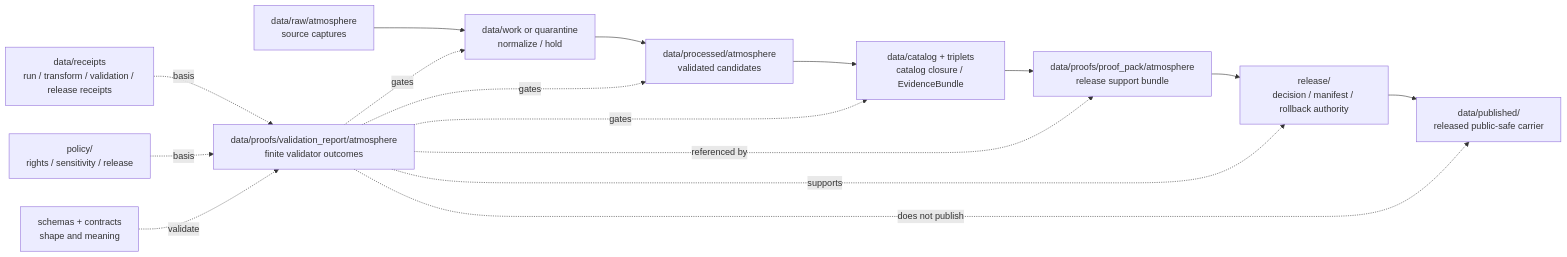
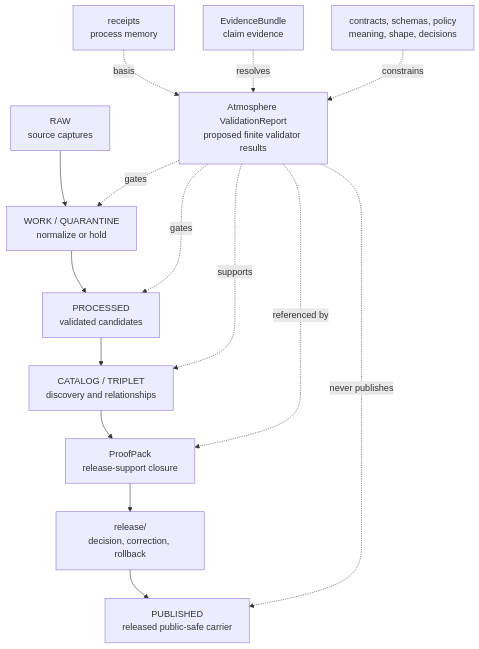
Before and after one commit to bartytime4life/Kansas-Frontier-Matrix: the diagram in data/proofs/validation_report/atmosphere/README.md, drawn with Mermaid. The commit also changed other lines of this file, not shown here.

Commit message:
docs(proofs): modernize Atmosphere validation report README

````diff
--- a/data/proofs/validation_report/atmosphere/README.md
+++ b/data/proofs/validation_report/atmosphere/README.md
@@ -305,20 +349,18 @@
 ```mermaid
-flowchart LR
-  RAW["data/raw/atmosphere<br/>source captures"] --> WORK["data/work or quarantine<br/>normalize / hold"]
-  WORK --> PROC["data/processed/atmosphere<br/>validated candidates"]
-  PROC --> CAT["data/catalog + triplets<br/>catalog closure / EvidenceBundle"]
-  CAT --> PACK["data/proofs/proof_pack/atmosphere<br/>release support bundle"]
-  PACK --> REL["release/<br/>decision / manifest / rollback authority"]
-  REL --> PUB["data/published/<br/>released public-safe carrier"]
+flowchart TD
+  RAW["RAW<br/>source captures"] --> WQ["WORK / QUARANTINE<br/>normalize or hold"]
+  WQ --> PROC["PROCESSED<br/>validated candidates"]
+  PROC --> CAT["CATALOG / TRIPLET<br/>discovery and relationships"]
+  CAT --> PACK["ProofPack<br/>release-support closure"]
+  PACK --> REL["release/<br/>decision, correction, rollback"]
+  REL --> PUB["PUBLISHED<br/>released public-safe carrier"]
 
-  VR["data/proofs/validation_report/atmosphere<br/>finite validator outcomes"] -. gates .-> WORK
+  REC["receipts<br/>process memory"] -. basis .-> VR["Atmosphere ValidationReport<br/>proposed finite validator results"]
+  EVD["EvidenceBundle<br/>claim evidence"] -. resolves .-> VR
+  CSP["contracts, schemas, policy<br/>meaning, shape, decisions"] -. constrains .-> VR
+  VR -. gates .-> WQ
   VR -. gates .-> PROC
-  VR -. gates .-> CAT
+  VR -. supports .-> CAT
   VR -. referenced by .-> PACK
-  VR -. supports .-> REL
-  VR -. "does not publish" .-> PUB
-
-  REC["data/receipts<br/>run / transform / validation / release receipts"] -. basis .-> VR
-  POL["policy/<br/>rights / sensitivity / release"] -. basis .-> VR
-  SCH["schemas + contracts<br/>shape and meaning"] -. validate .-> VR
+  VR -. "never publishes" .-> PUB
 ```
````
